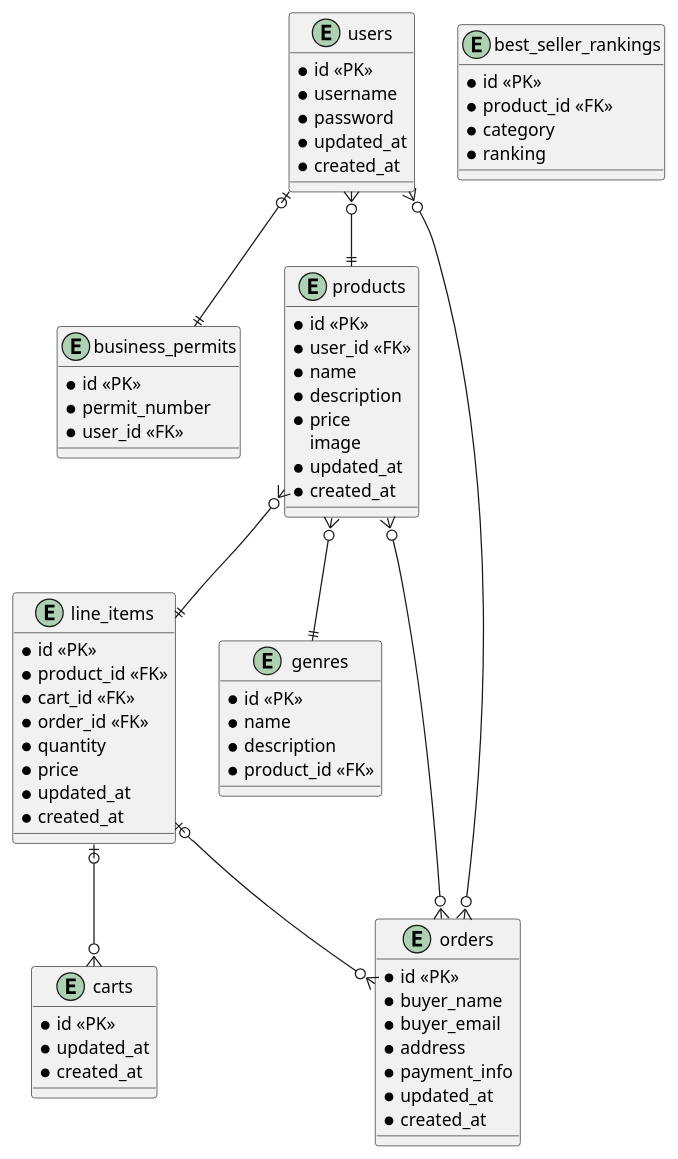
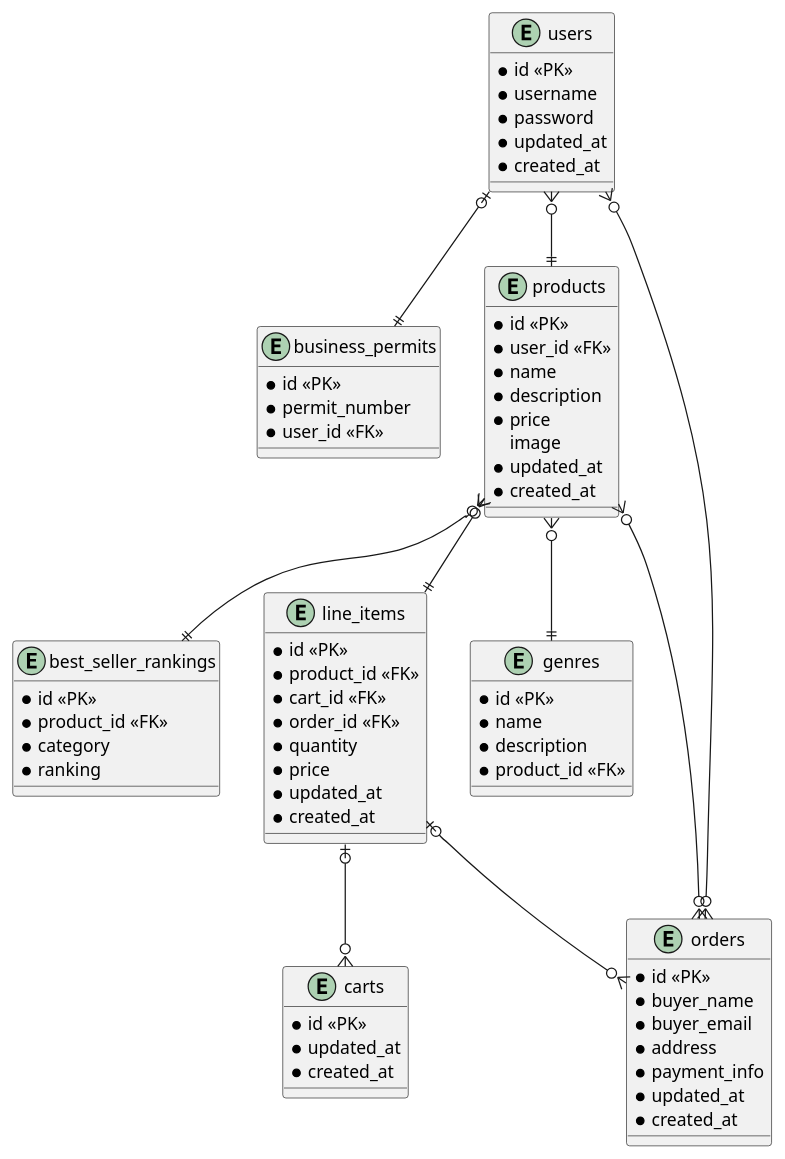
One commit to swayongshen/Depot changed the diagram in depot/docs/er_digram.puml. Above: the diagram before and after it, drawn with PlantUML. The commit also changed 27 other files, not shown here.

```diff
--- a/depot/docs/er_digram.puml
+++ b/depot/docs/er_digram.puml
@@ -1,82 +1,83 @@
 @startuml
 'https://plantuml.com/class-diagram
 
 entity users {
     * id <<PK>>
     * username
     * password
     * updated_at
     * created_at
 }
 
 entity business_permits {
     * id <<PK>>
     * permit_number
     * user_id <<FK>>
 }
 
 entity products {
     * id <<PK>>
     * user_id <<FK>>
     * name
     * description
     * price
     image
     * updated_at
     * created_at
 }
 
 entity best_seller_rankings {
     * id <<PK>>
     * product_id <<FK>>
     * category
     * ranking
 }
 
 entity line_items {
     * id <<PK>>
     * product_id <<FK>>
     * cart_id <<FK>>
     * order_id <<FK>>
     * quantity
     * price
     * updated_at
     * created_at
 }
 
 entity carts {
     * id <<PK>>
     * updated_at
     * created_at
 }
 
 entity orders {
     * id <<PK>>
     * buyer_name
     * buyer_email
     * address
     * payment_info
     * updated_at
     * created_at
 }
 
 entity genres {
     * id <<PK>>
     * name
     * description
     * product_id <<FK>>
 }
 
 users }o--|| products
 users |o--|| business_permits
 products }o--|| line_items
 line_items |o--o{ carts
 line_items |o--o{ orders
 orders }o--o{ users
 orders }o--o{ products
 products }o--|| genres
+products }o--|| best_seller_rankings
 
 
 
 
 @enduml
```
